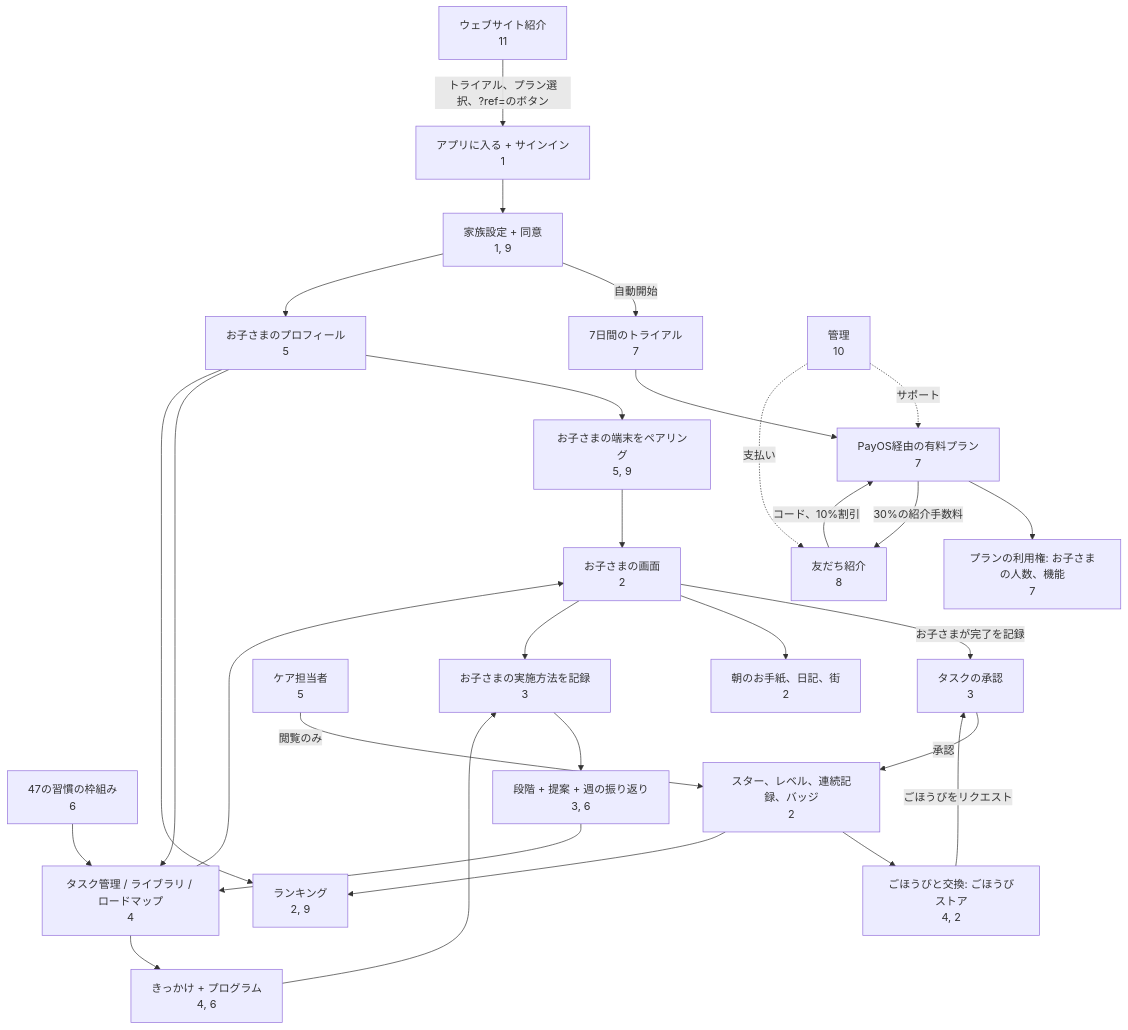
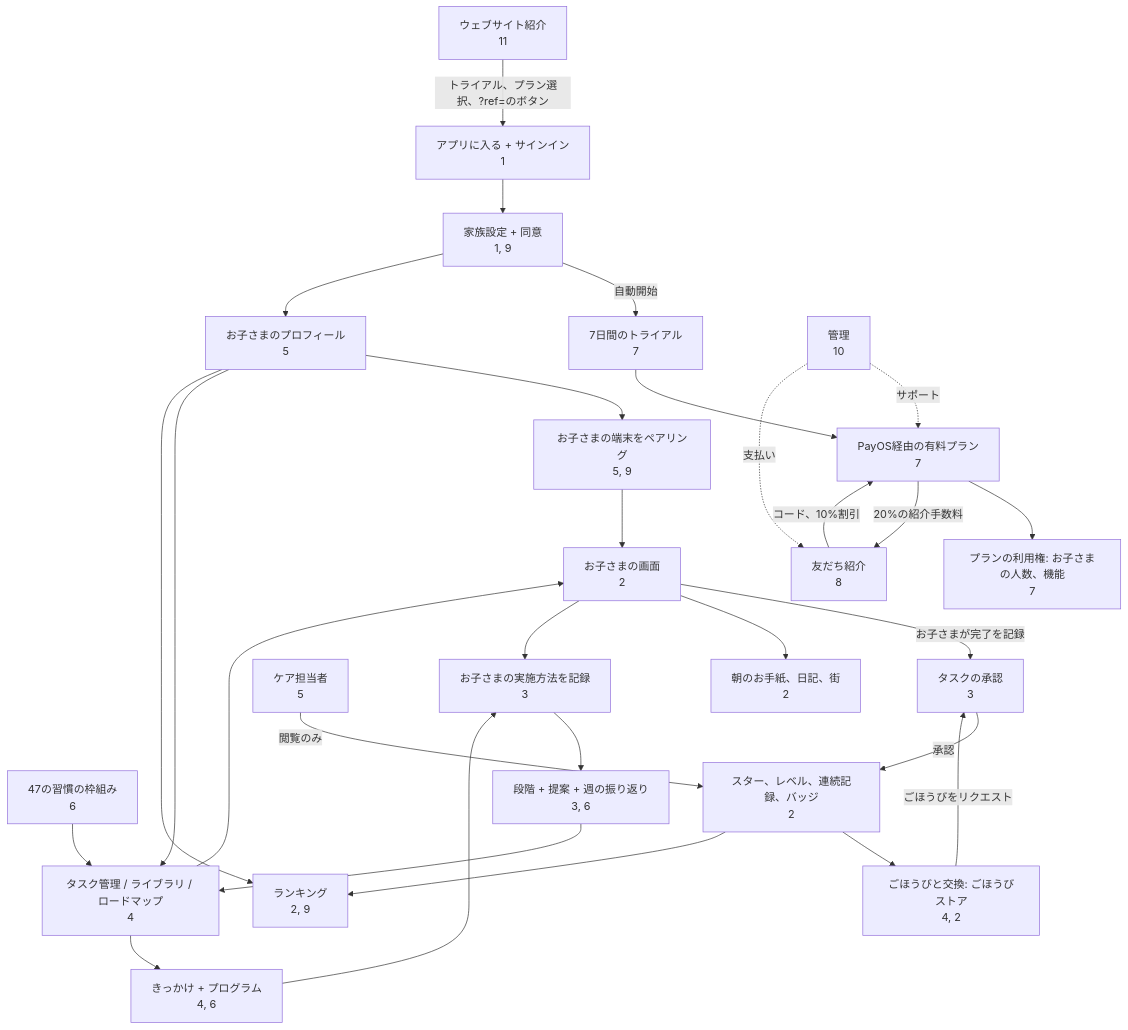
One commit to vanhoa2191/goodhabittracking changed the diagram in docs/huong-dan/translations-pending/ja/12-ban-do-lien-ket.md. Above: the diagram before and after it, drawn with Mermaid. The commit also changed 68 other files, not shown here.

````diff
--- a/docs/huong-dan/translations-pending/ja/12-ban-do-lien-ket.md
+++ b/docs/huong-dan/translations-pending/ja/12-ban-do-lien-ket.md
@@ -14,31 +14,31 @@
 ```mermaid
 flowchart TD
   W[ウェブサイト紹介<br/>11] -->|"トライアル、プラン選択、?ref=のボタン"| E[アプリに入る + サインイン<br/>1]
   E --> S[家族設定 + 同意<br/>1, 9]
   S -->|自動開始| T[7日間のトライアル<br/>7]
   T --> P[PayOS経由の有料プラン<br/>7]
   P --> G[プランの利用権: お子さまの人数、機能<br/>7]
   S --> C[お子さまのプロフィール<br/>5]
   C --> D[お子さまの端末をペアリング<br/>5, 9]
   C --> H[タスク管理 / ライブラリ / ロードマップ<br/>4]
   K[47の習慣の枠組み<br/>6] --> H
   H --> Q[きっかけ + プログラム<br/>4, 6]
   H --> B[お子さまの画面<br/>2]
   D --> B
   B -->|お子さまが完了を記録| A[タスクの承認<br/>3]
   A -->|承認| ST[スター、レベル、連続記録、バッジ<br/>2]
   ST --> R[ごほうびと交換: ごほうびストア<br/>4, 2]
   R -->|ごほうびをリクエスト| A
   B --> M[朝のお手紙、日記、街<br/>2]
   Q --> I[お子さまの実施方法を記録<br/>3]
   B --> I
   I --> SG[段階 + 提案 + 週の振り返り<br/>3, 6]
   SG --> H
   ST --> LB[ランキング<br/>2, 9]
   C --> LB
   F[友だち紹介<br/>8] -->|"コード、10%割引"| P
-  P -->|30%の紹介手数料| F
+  P -->|20%の紹介手数料| F
   AD[管理<br/>10] -. "サポート" .-> P
   AD -. "支払い" .-> F
   CG[ケア担当者<br/>5] -->|閲覧のみ| ST
 ```
````
